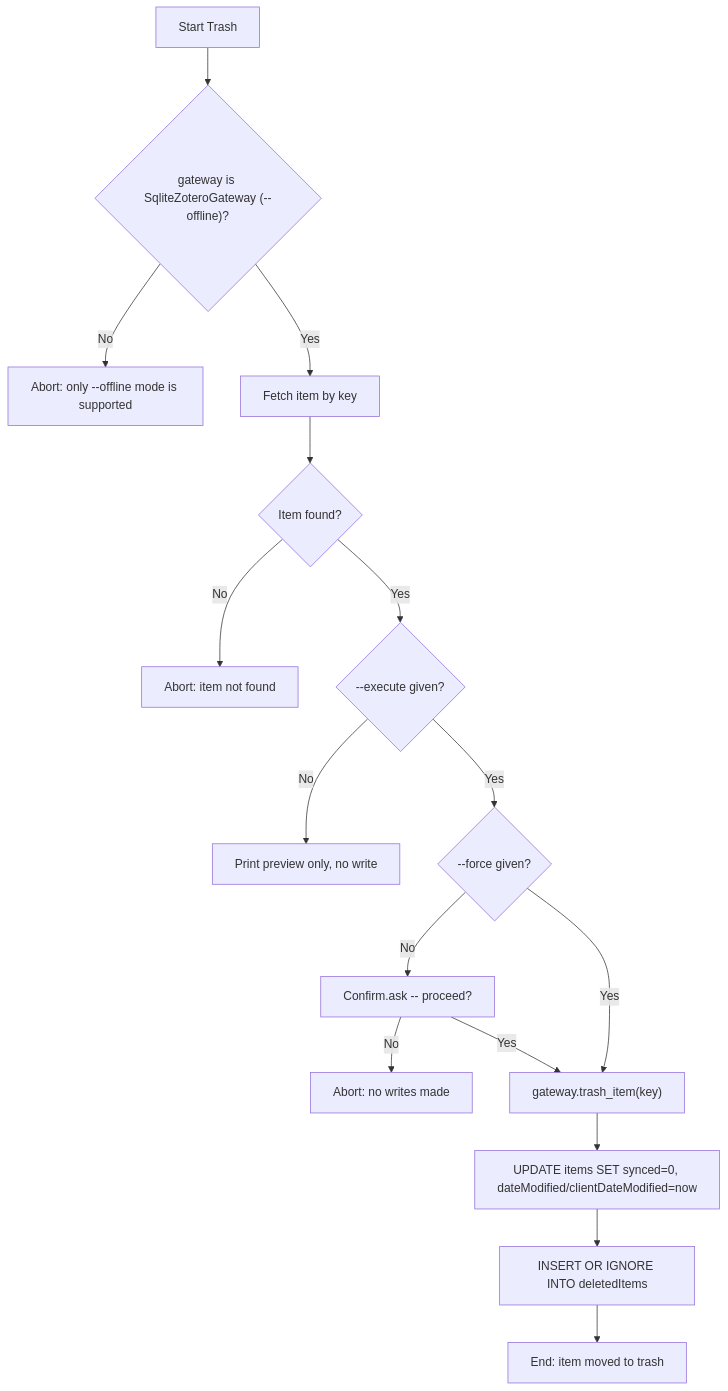
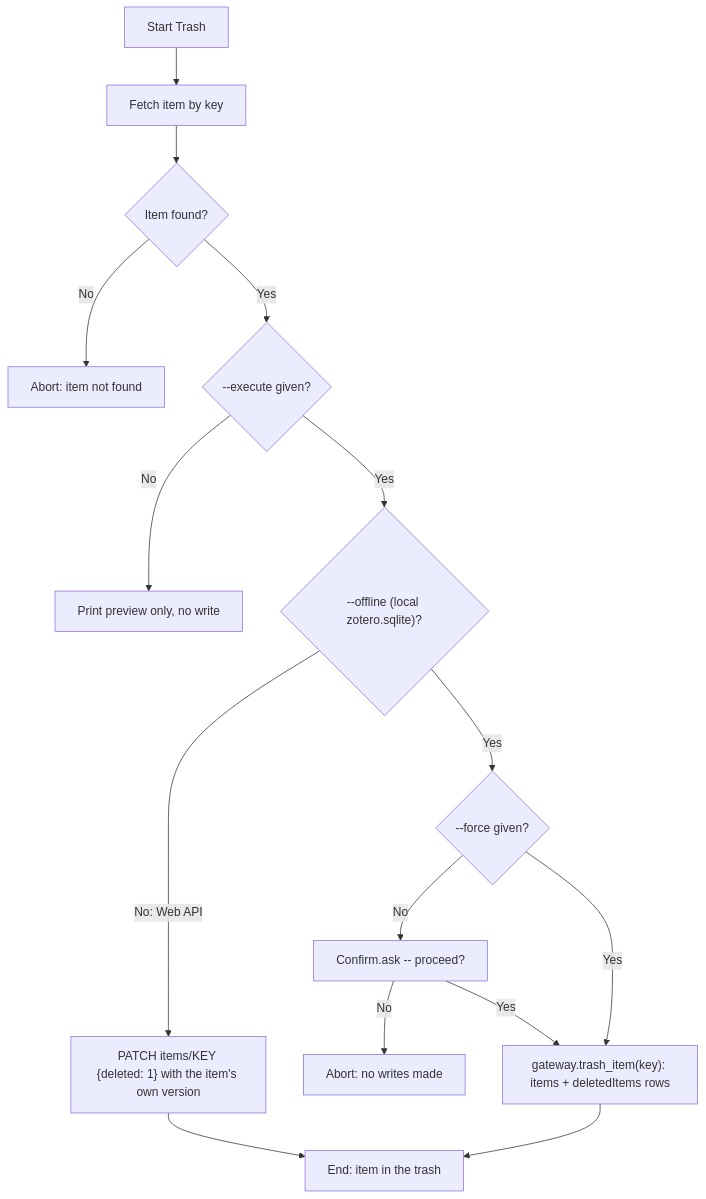
The diagram in docs/help_specs/item_trash.md (fchicout/zotero-cli), drawn with Mermaid before and after one commit. The commit also changed other lines of this file and 12 other files, not shown here.

First line of the commit message:
feat(cli): online item trash/restore and item delete --trash (Issue #402) (#525)

````diff
--- a/docs/help_specs/item_trash.md
+++ b/docs/help_specs/item_trash.md
@@ -8,18 +8,17 @@
 ```mermaid
 graph TD
-    A["Start Trash"] --> B{"gateway is SqliteZoteroGateway (--offline)?"}
-    B -- "No" --> C["Abort: only --offline mode is supported"]
-    B -- "Yes" --> D["Fetch item by key"]
+    A["Start Trash"] --> D["Fetch item by key"]
     D --> E{"Item found?"}
     E -- "No" --> F["Abort: item not found"]
     E -- "Yes" --> G{"--execute given?"}
     G -- "No" --> H["Print preview only, no write"]
-    G -- "Yes" --> I{"--force given?"}
+    G -- "Yes" --> B{"--offline (local zotero.sqlite)?"}
+    B -- "No: Web API" --> L1["PATCH items/KEY {deleted: 1} with the item's own version"]
+    B -- "Yes" --> I{"--force given?"}
     I -- "No" --> J["Confirm.ask -- proceed?"]
     J -- "No" --> K["Abort: no writes made"]
-    I -- "Yes" --> L["gateway.trash_item(key)"]
-    J -- "Yes" --> L
-    L --> M["UPDATE items SET synced=0, dateModified/clientDateModified=now"]
-    M --> N["INSERT OR IGNORE INTO deletedItems"]
-    N --> O["End: item moved to trash"]
+    I -- "Yes" --> L2["gateway.trash_item(key): items + deletedItems rows"]
+    J -- "Yes" --> L2
+    L1 --> O["End: item in the trash"]
+    L2 --> O
 ```
````
